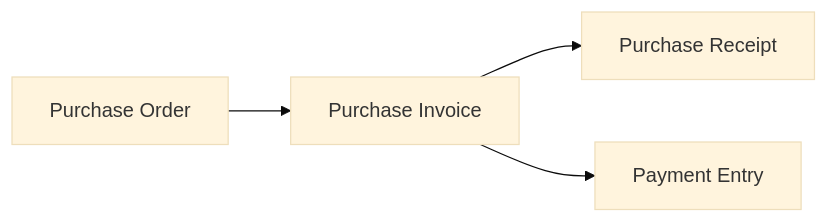
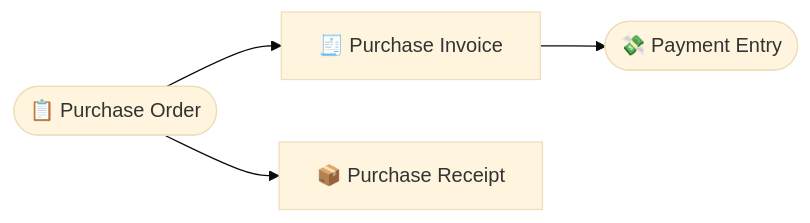
One commit to RimbunCode/erp_pataya changed the third of 3 diagrams in docs/tutorials/04-alur-pembelian.md. Above: the diagram before and after it, drawn with Mermaid (base theme). The commit also changed other lines of this file and 14 other files, not shown here.

````diff
--- a/docs/tutorials/04-alur-pembelian.md
+++ b/docs/tutorials/04-alur-pembelian.md
@@ -76,5 +75,5 @@
 ```mermaid
 flowchart LR
-    PO[Purchase Order] --> PI[Purchase Invoice] --> GR[Purchase Receipt]
-    PI --> PE[Payment Entry]
+    PO(["📋 Purchase Order"]) --> PI["🧾 Purchase Invoice"] --> PE(["💸 Payment Entry"])
+    PO --> GR["📦 Purchase Receipt"]
 ```
````
